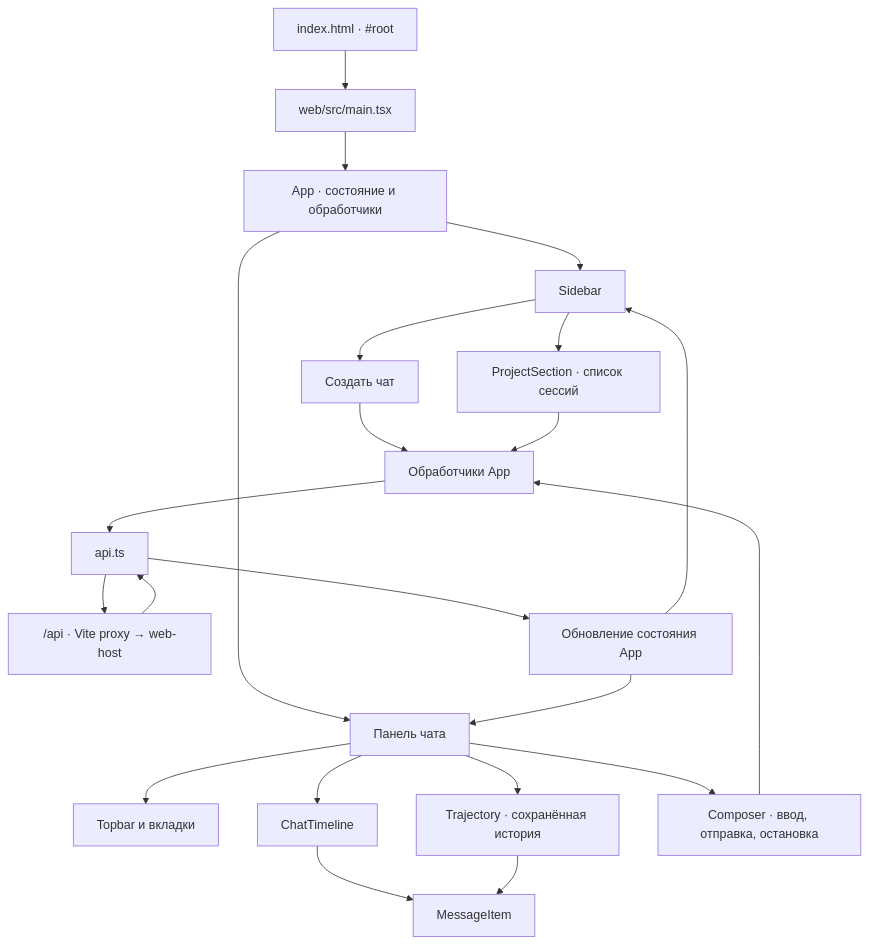
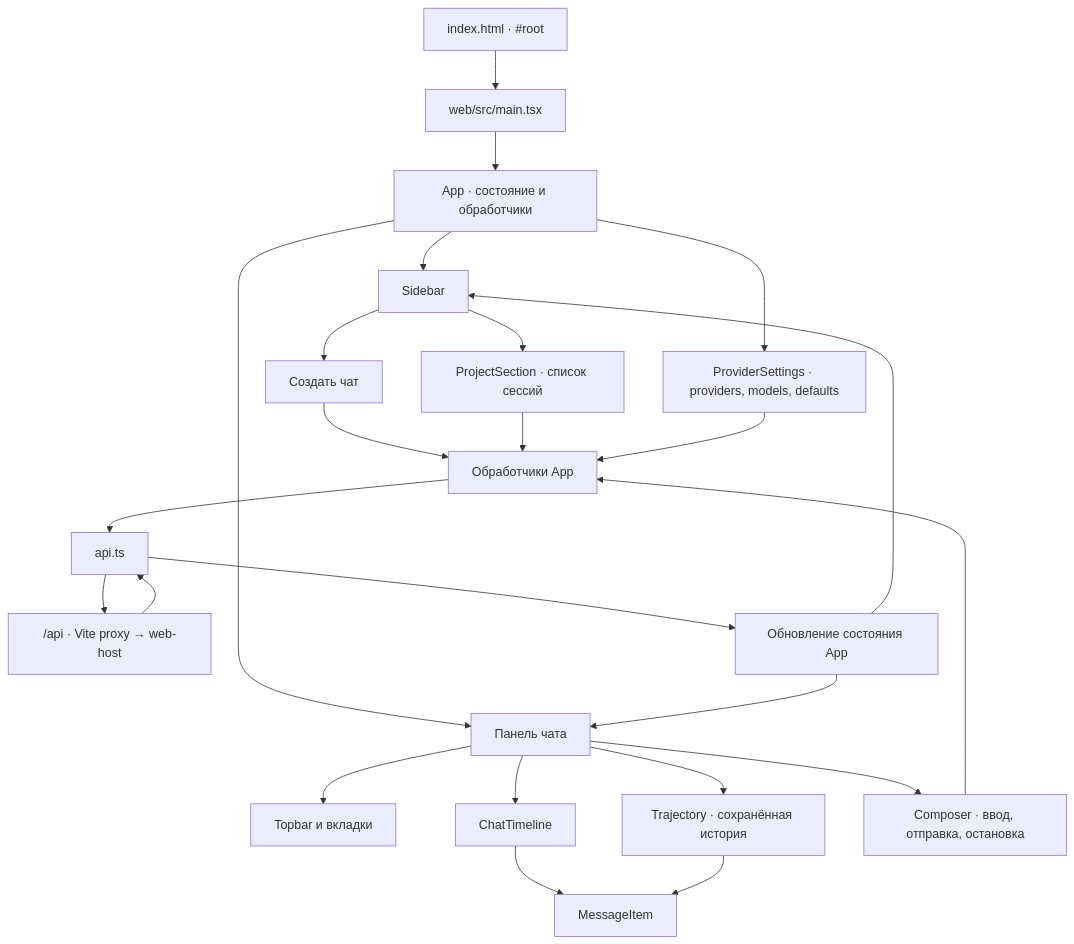
One commit to davy1ex/smysAgent changed the first of 3 diagrams in docs/onboarding/README.md. Above: the diagram before and after it, drawn with Mermaid. The commit also changed other lines of this file, not shown here.

Commit message:
docs: update provider configuration onboarding

````diff
--- a/docs/onboarding/README.md
+++ b/docs/onboarding/README.md
@@ -38,27 +40,29 @@
 ```mermaid
 flowchart TD
   Root["index.html · #root"] --> Main["web/src/main.tsx"]
   Main --> App["App · состояние и обработчики"]
 
   App --> Sidebar["Sidebar"]
   Sidebar --> Projects["ProjectSection · список сессий"]
   Sidebar --> NewChat["Создать чат"]
 
   App --> Panel["Панель чата"]
   Panel --> Header["Topbar и вкладки"]
   Panel --> Chat["ChatTimeline"]
   Panel --> Trajectory["Trajectory · сохранённая история"]
   Chat --> Message["MessageItem"]
   Trajectory --> Message
   Panel --> Composer["Composer · ввод, отправка, остановка"]
+  App --> ProviderSettings["ProviderSettings · providers, models, defaults"]
 
   NewChat --> Handlers["Обработчики App"]
   Projects --> Handlers
   Composer --> Handlers
+  ProviderSettings --> Handlers
   Handlers --> API["api.ts"]
   API --> HTTP["/api · Vite proxy → web-host"]
   HTTP --> API
   API --> State["Обновление состояния App"]
   State --> Sidebar
   State --> Panel
 ```
````
